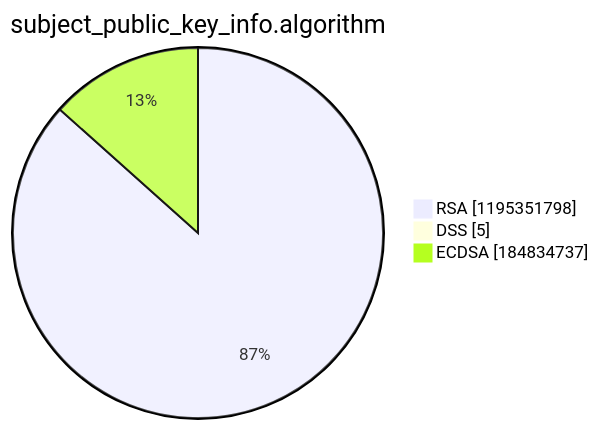
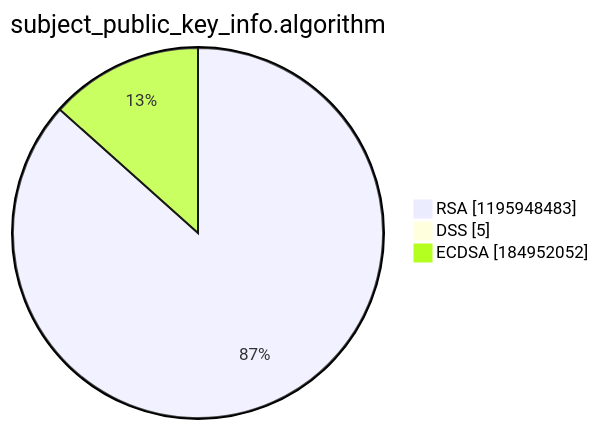
One commit to christiankrug/ctmonitor_visualization changed the third of 15 diagrams in argon2022/README.md. Above: the diagram before and after it, drawn with Mermaid. The commit also changed other lines of this file, not shown here.

````diff
--- a/argon2022/README.md
+++ b/argon2022/README.md
@@ -14,7 +14,7 @@
 ```mermaid
 pie showData
 title subject_public_key_info.algorithm
-"RSA" :1195351798
+"RSA" :1195948483
 "DSS" :5
-"ECDSA" :184834737
+"ECDSA" :184952052
 ```
````
